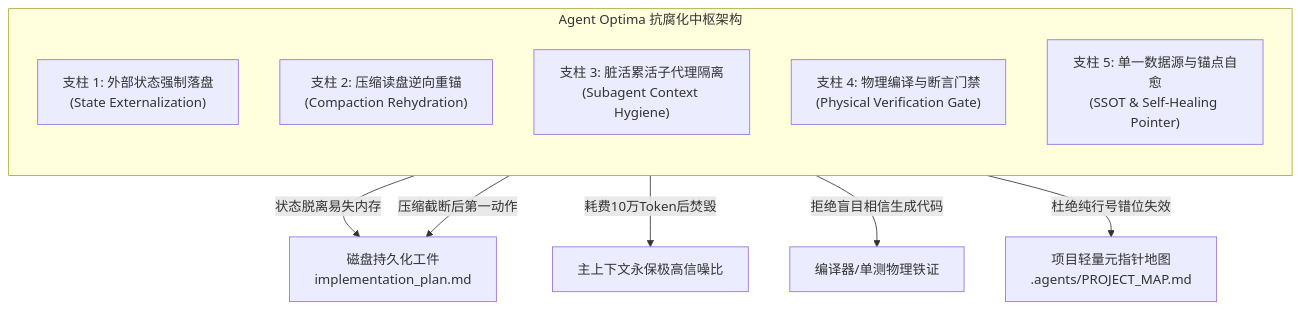
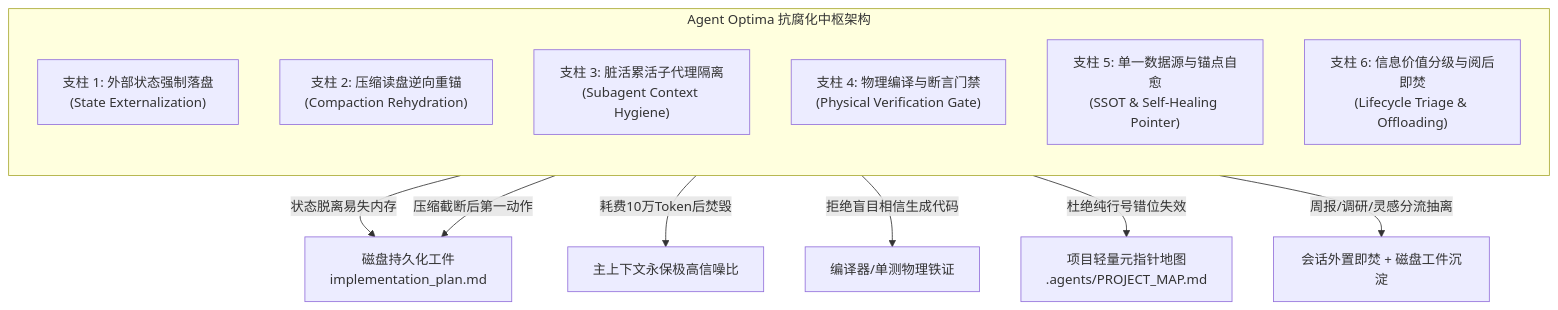
Before and after one commit to Garfield247/agent-optima: the third of 6 diagrams in 01-context-architecture-and-anti-rot.md, drawn with Mermaid. The commit also changed other lines of this file and 1 other file, not shown here.

````diff
--- a/01-context-architecture-and-anti-rot.md
+++ b/01-context-architecture-and-anti-rot.md
@@ -137,18 +137,20 @@
 ```mermaid
 flowchart TD
     subgraph CoreEngine [Agent Optima 抗腐化中枢架构]
         direction TB
         
         P1["支柱 1: 外部状态强制落盘<br/>(State Externalization)"]
         P2["支柱 2: 压缩读盘逆向重锚<br/>(Compaction Rehydration)"]
         P3["支柱 3: 脏活累活子代理隔离<br/>(Subagent Context Hygiene)"]
         P4["支柱 4: 物理编译与断言门禁<br/>(Physical Verification Gate)"]
         P5["支柱 5: 单一数据源与锚点自愈<br/>(SSOT & Self-Healing Pointer)"]
+        P6["支柱 6: 信息价值分级与阅后即焚<br/>(Lifecycle Triage & Offloading)"]
     end
 
     P1 -->|状态脱离易失内存| Disk["磁盘持久化工件<br/>implementation_plan.md"]
     P2 -->|压缩截断后第一动作| Disk
     P3 -->|耗费10万Token后焚毁| MainContext["主上下文永保极高信噪比"]
     P4 -->|拒绝盲目相信生成代码| Compiler["编译器/单测物理铁证"]
     P5 -->|杜绝纯行号错位失效| Docs["项目轻量元指针地图<br/>.agents/PROJECT_MAP.md"]
+    P6 -->|周报/调研/灵感分流抽离| Offload["会话外置即焚 + 磁盘工件沉淀"]
 ```
````
